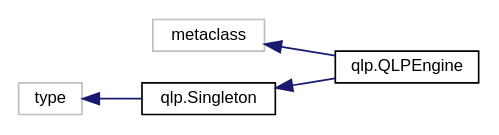
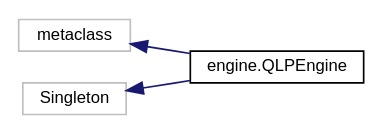
The diagram in inherit_graph_5.dot (Quantum-0/qlsc), drawn with Graphviz before and after one commit. The commit also changed 262 other files, not shown here.

```diff
--- a/inherit_graph_5.dot
+++ b/inherit_graph_5.dot
@@ -1,14 +1,12 @@
 digraph "Graphical Class Hierarchy"
 {
  // LATEX_PDF_SIZE
   edge [fontname="Helvetica",fontsize="10",labelfontname="Helvetica",labelfontsize="10"];
   node [fontname="Helvetica",fontsize="10",shape=record];
   rankdir="LR";
-  Node4 [label="metaclass",height=0.2,width=0.4,color="grey75", fillcolor="white", style="filled",tooltip=" "];
-  Node4 -> Node0 [dir="back",color="midnightblue",fontsize="10",style="solid",fontname="Helvetica"];
-  Node0 [label="qlp.QLPEngine",height=0.2,width=0.4,color="black", fillcolor="white", style="filled",URL="$classqlp_1_1QLPEngine.html",tooltip=" "];
-  Node11 [label="type",height=0.2,width=0.4,color="grey75", fillcolor="white", style="filled",tooltip=" "];
-  Node11 -> Node12 [dir="back",color="midnightblue",fontsize="10",style="solid",fontname="Helvetica"];
-  Node12 [label="qlp.Singleton",height=0.2,width=0.4,color="black", fillcolor="white", style="filled",URL="$classqlp_1_1Singleton.html",tooltip=" "];
-  Node12 -> Node0 [dir="back",color="midnightblue",fontsize="10",style="solid",fontname="Helvetica"];
+  Node6 [label="metaclass",height=0.2,width=0.4,color="grey75", fillcolor="white", style="filled",tooltip=" "];
+  Node6 -> Node0 [dir="back",color="midnightblue",fontsize="10",style="solid",fontname="Helvetica"];
+  Node0 [label="engine.QLPEngine",height=0.2,width=0.4,color="black", fillcolor="white", style="filled",URL="$classengine_1_1QLPEngine.html",tooltip=" "];
+  Node20 [label="Singleton",height=0.2,width=0.4,color="grey75", fillcolor="white", style="filled",tooltip=" "];
+  Node20 -> Node0 [dir="back",color="midnightblue",fontsize="10",style="solid",fontname="Helvetica"];
 }
```
